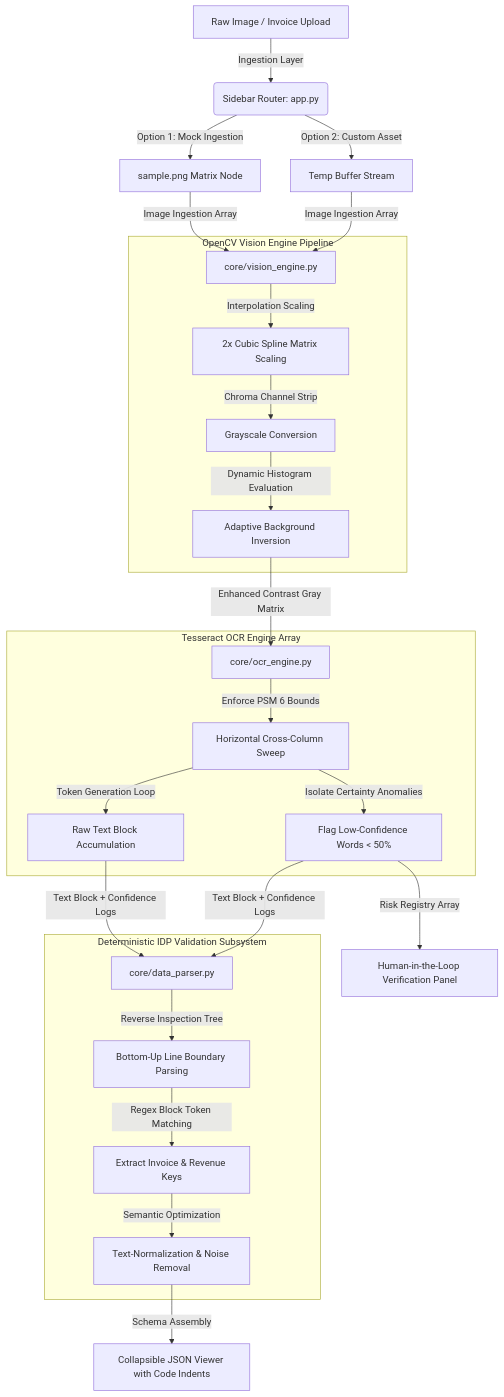
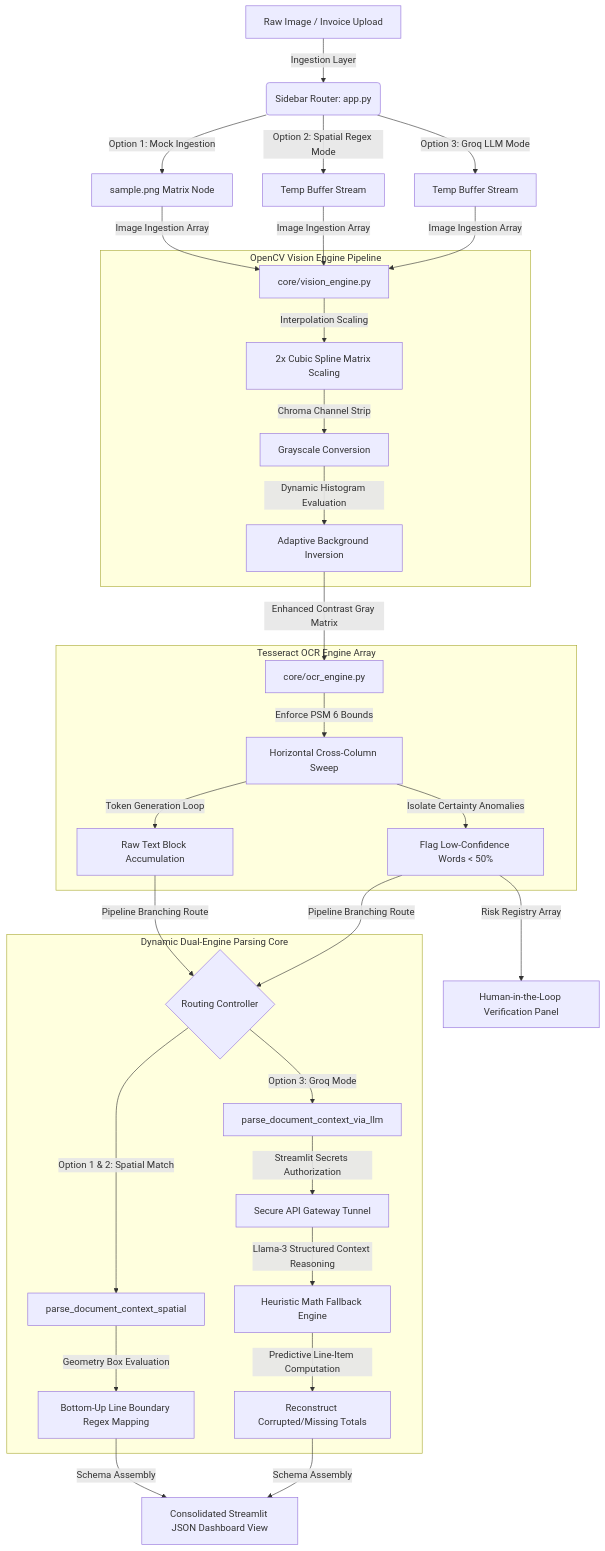
The diagram in README.md (SRINIVASTA/enterprise-intelligent-document-processing), drawn with Mermaid before and after one commit. The commit also changed other lines of this file, not shown here.

Commit message:
Revise README for IDP enhancements and Groq API
Updated README to reflect enhancements in the IDP pipeline, including new parsing architecture and Groq Cloud API integration.

````diff
--- a/README.md
+++ b/README.md
@@ -11,33 +11,39 @@
 ```mermaid
 graph TD
     A[Raw Image / Invoice Upload] -->|Ingestion Layer| B(Sidebar Router: app.py)
     B -->|Option 1: Mock Ingestion| C[sample.png Matrix Node]
-    B -->|Option 2: Custom Asset| D[Temp Buffer Stream]
+    B -->|Option 2: Spatial Regex Mode| D[Temp Buffer Stream]
+    B -->|Option 3: Groq LLM Mode| DM[Temp Buffer Stream]
     
-    C & D -->|Image Ingestion Array| E[core/vision_engine.py]
+    C & D & DM -->|Image Ingestion Array| E[core/vision_engine.py]
     
     subgraph OpenCV Vision Engine Pipeline
         E -->|Interpolation Scaling| F[2x Cubic Spline Matrix Scaling]
         F -->|Chroma Channel Strip| G[Grayscale Conversion]
         G -->|Dynamic Histogram Evaluation| H[Adaptive Background Inversion]
     end
     
     H -->|Enhanced Contrast Gray Matrix| I[core/ocr_engine.py]
     
     subgraph Tesseract OCR Engine Array
         I -->|Enforce PSM 6 Bounds| J[Horizontal Cross-Column Sweep]
         J -->|Token Generation Loop| K[Raw Text Block Accumulation]
         J -->|Isolate Certainty Anomalies| L[Flag Low-Confidence Words < 50%]
     end
     
-    K & L -->|Text Block + Confidence Logs| M[core/data_parser.py]
+    K & L -->|Pipeline Branching Route| M{Routing Controller}
     
-    subgraph Deterministic IDP Validation Subsystem
-        M -->|Reverse Inspection Tree| N[Bottom-Up Line Boundary Parsing]
-        N -->|Regex Block Token Matching| O[Extract Invoice & Revenue Keys]
-        O -->|Semantic Optimization| P[Text-Normalization & Noise Removal]
+    subgraph Dynamic Dual-Engine Parsing Core
+        M -->|Option 1 & 2: Spatial Match| N[parse_document_context_spatial]
+        N -->|Geometry Box Evaluation| O[Bottom-Up Line Boundary Regex Mapping]
+        
+        M -->|Option 3: Groq Mode| P[parse_document_context_via_llm]
+        P -->|Streamlit Secrets Authorization| Q[Secure API Gateway Tunnel]
+        Q -->|Llama-3 Structured Context Reasoning| R[Heuristic Math Fallback Engine]
+        R -->|Predictive Line-Item Computation| S[Reconstruct Corrupted/Missing Totals]
     end
     
-    P -->|Schema Assembly| Q[Collapsible JSON Viewer with Code Indents]
-    L -->|Risk Registry Array| R[Human-in-the-Loop Verification Panel]
+    O -->|Schema Assembly| T[Consolidated Streamlit JSON Dashboard View]
+    S -->|Schema Assembly| T
+    L -->|Risk Registry Array| U[Human-in-the-Loop Verification Panel]
 ```
````
